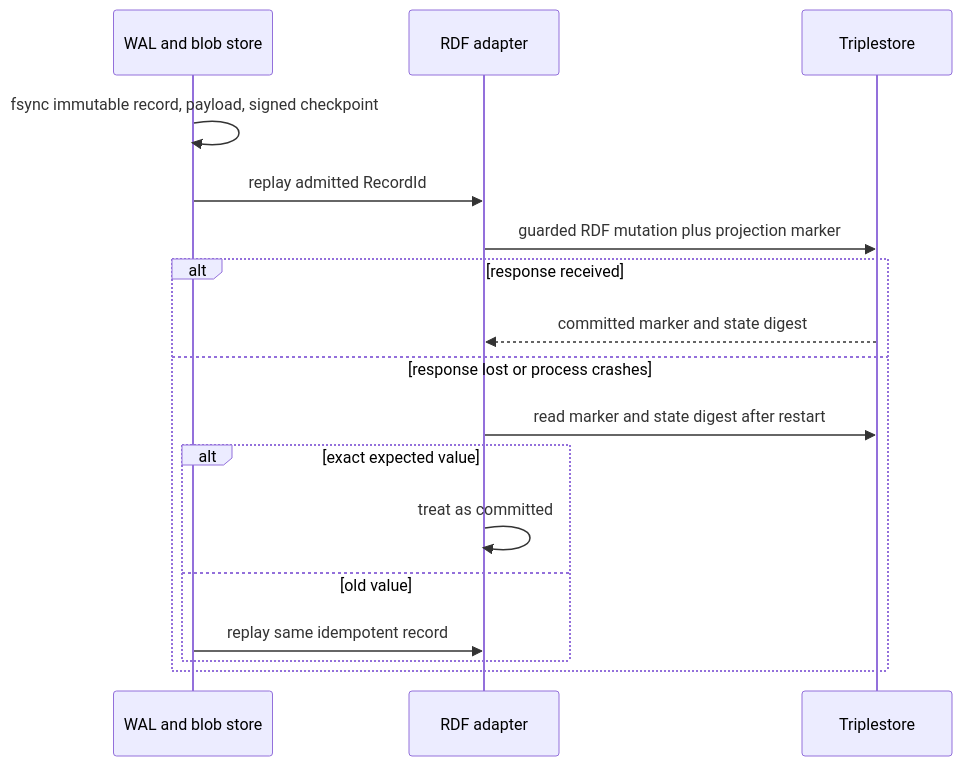
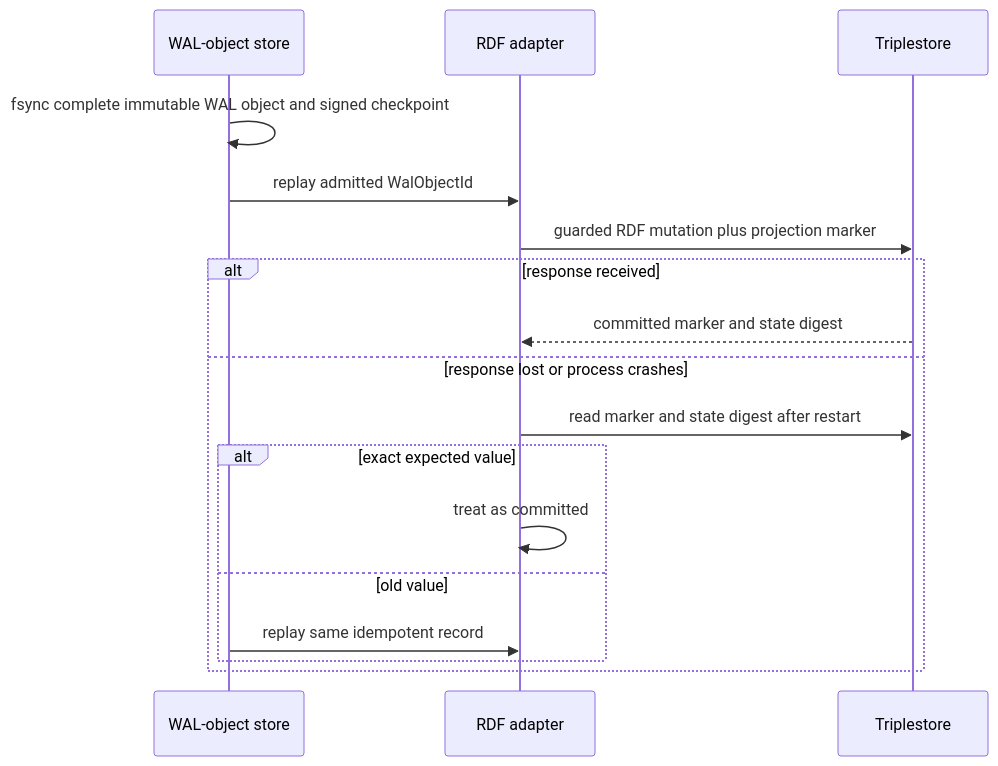
The second of 2 diagrams in docs/active-now/wal-parallel-protocol-task-pack/OT-RFC-65-comparison-with-OT-RFC-64.md (OriginTrail/dkg), drawn with Mermaid before and after one commit. The commit also changed other lines of this file and 4 other files, not shown here.

````diff
--- a/docs/active-now/wal-parallel-protocol-task-pack/OT-RFC-65-comparison-with-OT-RFC-64.md
+++ b/docs/active-now/wal-parallel-protocol-task-pack/OT-RFC-65-comparison-with-OT-RFC-64.md
@@ -319,20 +327,20 @@
 ```mermaid
 sequenceDiagram
-  participant W as WAL and blob store
+  participant W as WAL-object store
   participant A as RDF adapter
   participant T as Triplestore
 
-  W->>W: fsync immutable record, payload, signed checkpoint
-  W->>A: replay admitted RecordId
+  W->>W: fsync complete immutable WAL object and signed checkpoint
+  W->>A: replay admitted WalObjectId
   A->>T: guarded RDF mutation plus projection marker
   alt response received
     T-->>A: committed marker and state digest
   else response lost or process crashes
     A->>T: read marker and state digest after restart
     alt exact expected value
       A->>A: treat as committed
     else old value
       W->>A: replay same idempotent record
     end
   end
 ```
````
